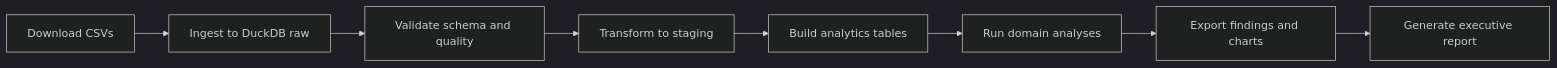
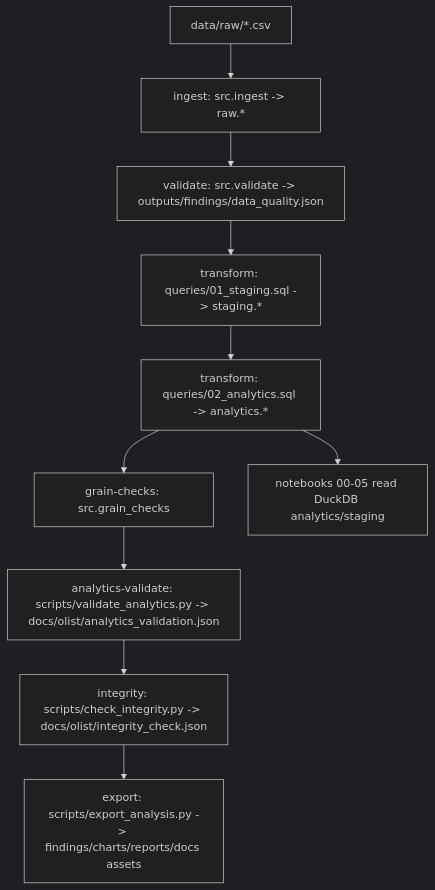
The diagram in docs/system_architecture.md (MaulanaKindi/olist-consumer-intelligence), drawn with Mermaid (dark theme) before and after one commit. The commit also changed other lines of this file and 34 other files, not shown here.

````diff
--- a/docs/system_architecture.md
+++ b/docs/system_architecture.md
@@ -107,10 +75,12 @@
 ```mermaid
-flowchart LR
-    A[Download CSVs] --> B[Ingest to DuckDB raw]
-    B --> C[Validate schema and quality]
-    C --> D[Transform to staging]
-    D --> E[Build analytics tables]
-    E --> F[Run domain analyses]
-    F --> G[Export findings and charts]
-    G --> H[Generate executive report]
+flowchart TD
+    A[data/raw/*.csv] --> B[ingest: src.ingest -> raw.*]
+    B --> C[validate: src.validate -> outputs/findings/data_quality.json]
+    C --> D[transform: queries/01_staging.sql -> staging.*]
+    D --> E[transform: queries/02_analytics.sql -> analytics.*]
+    E --> F[grain-checks: src.grain_checks]
+    F --> G[analytics-validate: scripts/validate_analytics.py -> docs/olist/analytics_validation.json]
+    G --> H[integrity: scripts/check_integrity.py -> docs/olist/integrity_check.json]
+    H --> I[export: scripts/export_analysis.py -> findings/charts/reports/docs assets]
+    E --> J[notebooks 00-05 read DuckDB analytics/staging]
 ```
````
